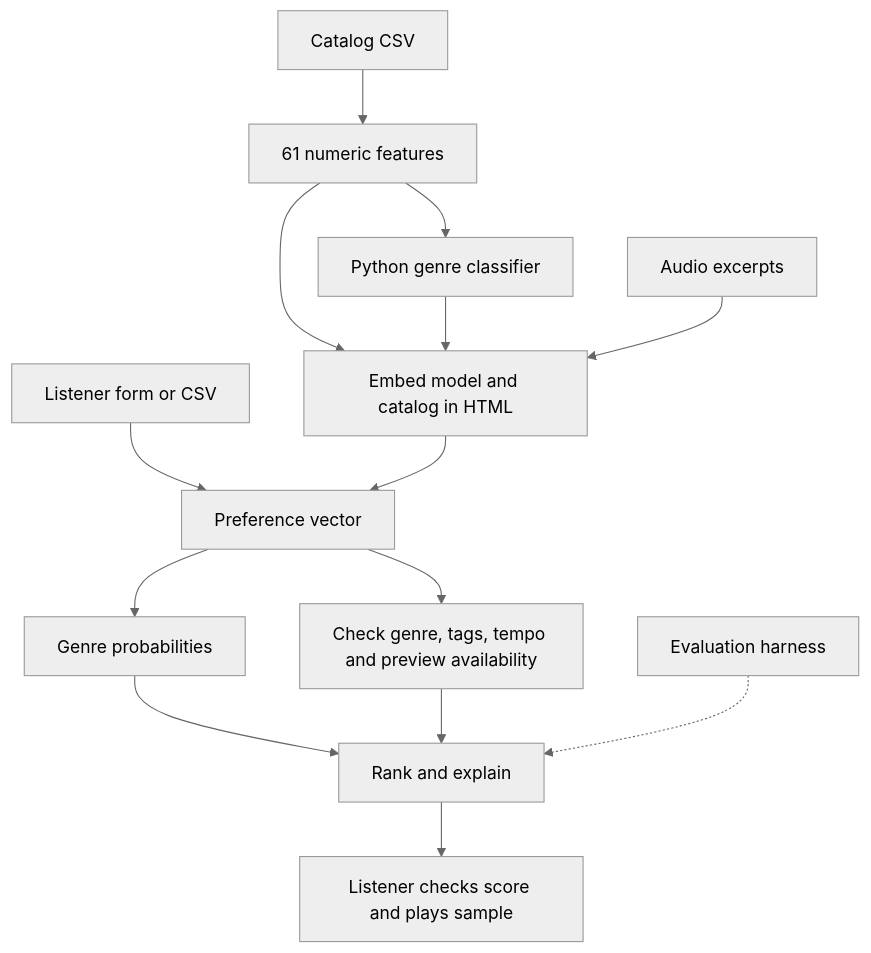
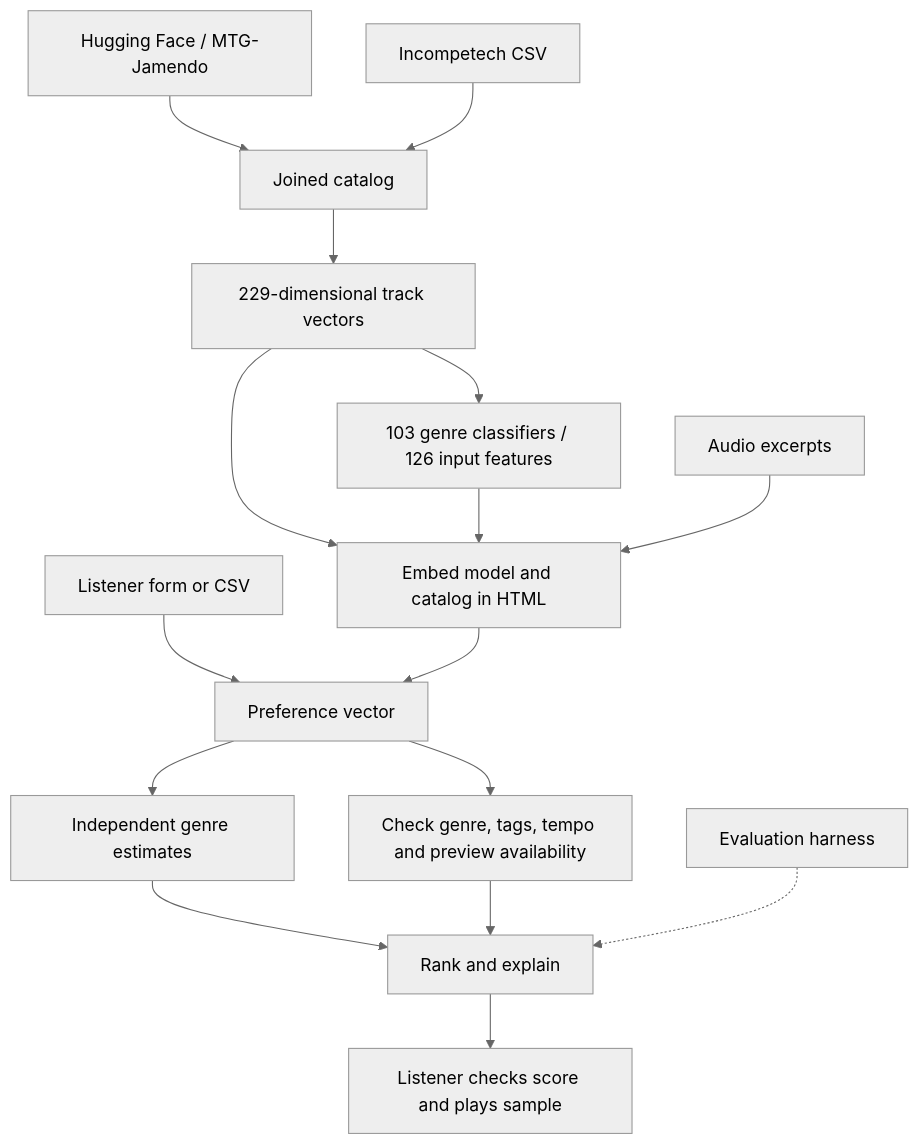
Before and after one commit to dreuxx/applied-ai-system-project: the diagram in diagrams/architecture.mmd, drawn with Mermaid (neutral theme). The commit also changed 34 other files, not shown here.

Commit message:
Integrate MTG-Jamendo, multilabel genre vectors and artist-disjoint validation

```diff
--- a/diagrams/architecture.mmd
+++ b/diagrams/architecture.mmd
@@ -1,14 +1,16 @@
 flowchart TD
- CSV["Catalog CSV"] --> X["61 numeric features"]
- X --> T["Python genre classifier"]
+ HF["Hugging Face / MTG-Jamendo"] --> CSV["Joined catalog"]
+ IC["Incompetech CSV"] --> CSV
+ CSV --> X["229-dimensional track vectors"]
+ X --> T["103 genre classifiers / 126 input features"]
  X --> B["Embed model and catalog in HTML"]
  T --> B
  A["Audio excerpts"] --> B
  U["Listener form or CSV"] --> P["Preference vector"]
  B --> P
- P --> G["Genre probabilities"]
+ P --> G["Independent genre estimates"]
  P --> F["Check genre, tags, tempo and preview availability"]
  G --> R["Rank and explain"]
  F --> R
  R --> H["Listener checks score and plays sample"]
  E["Evaluation harness"] -.-> R
```
